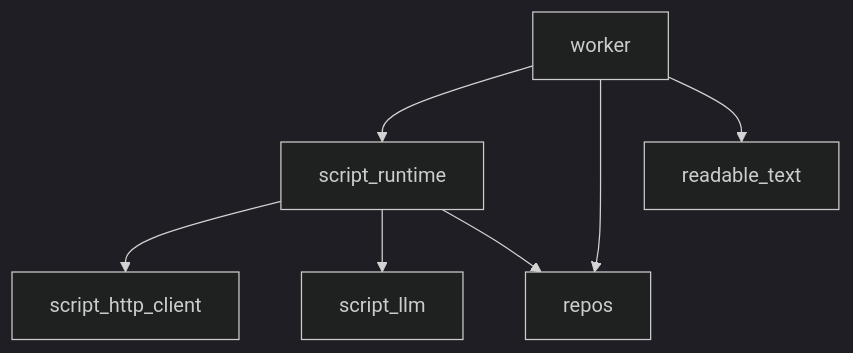
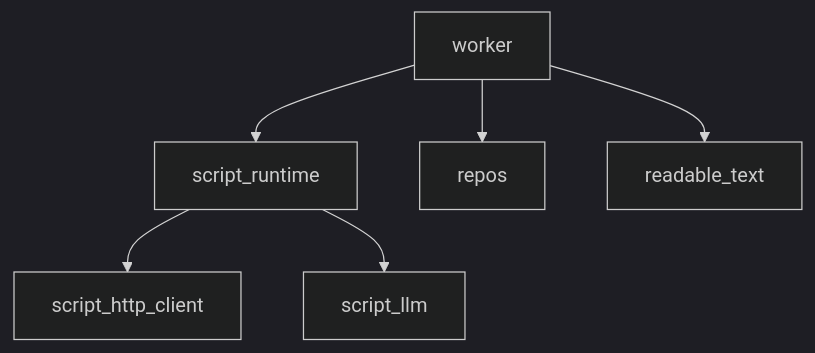
Before and after one commit to wakame-tech/botcast: the first of 3 diagrams in doc/src/worker.md, drawn with Mermaid (dark theme). The commit also changed 2 other files, not shown here.

Commit message:
fix: update sprint docs [skip ci]

````diff
--- a/doc/src/worker.md
+++ b/doc/src/worker.md
@@ -12,9 +12,8 @@
 ```mermaid
 graph TD;
   worker --> script_runtime;
   worker --> repos;
   worker --> readable_text;
   script_runtime --> script_http_client;
   script_runtime --> script_llm;
-  script_runtime --> repos;
 ```
````
